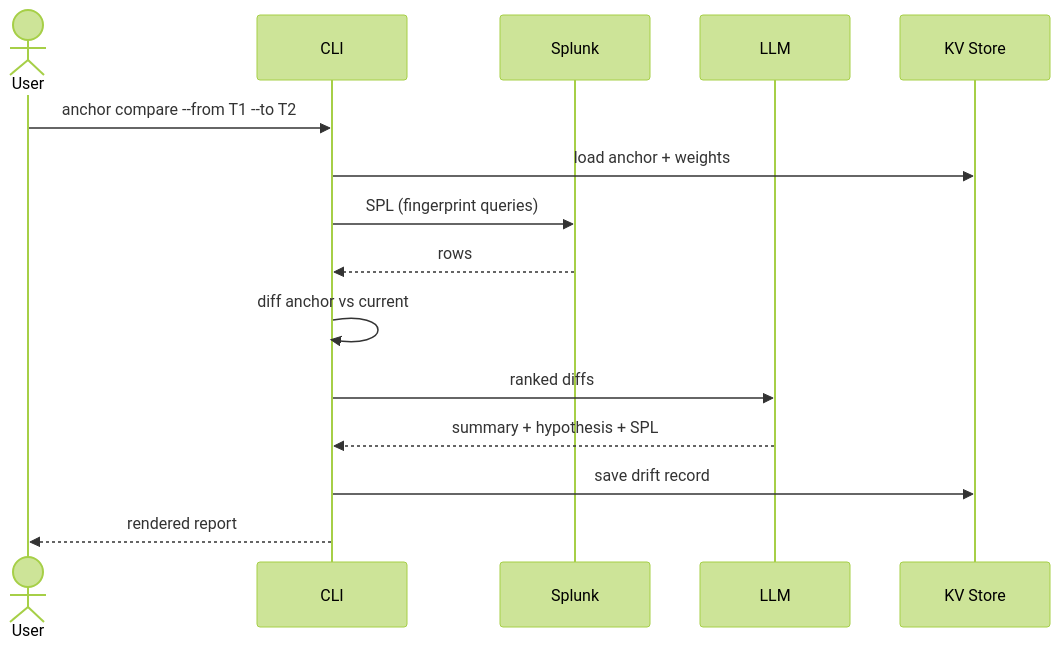
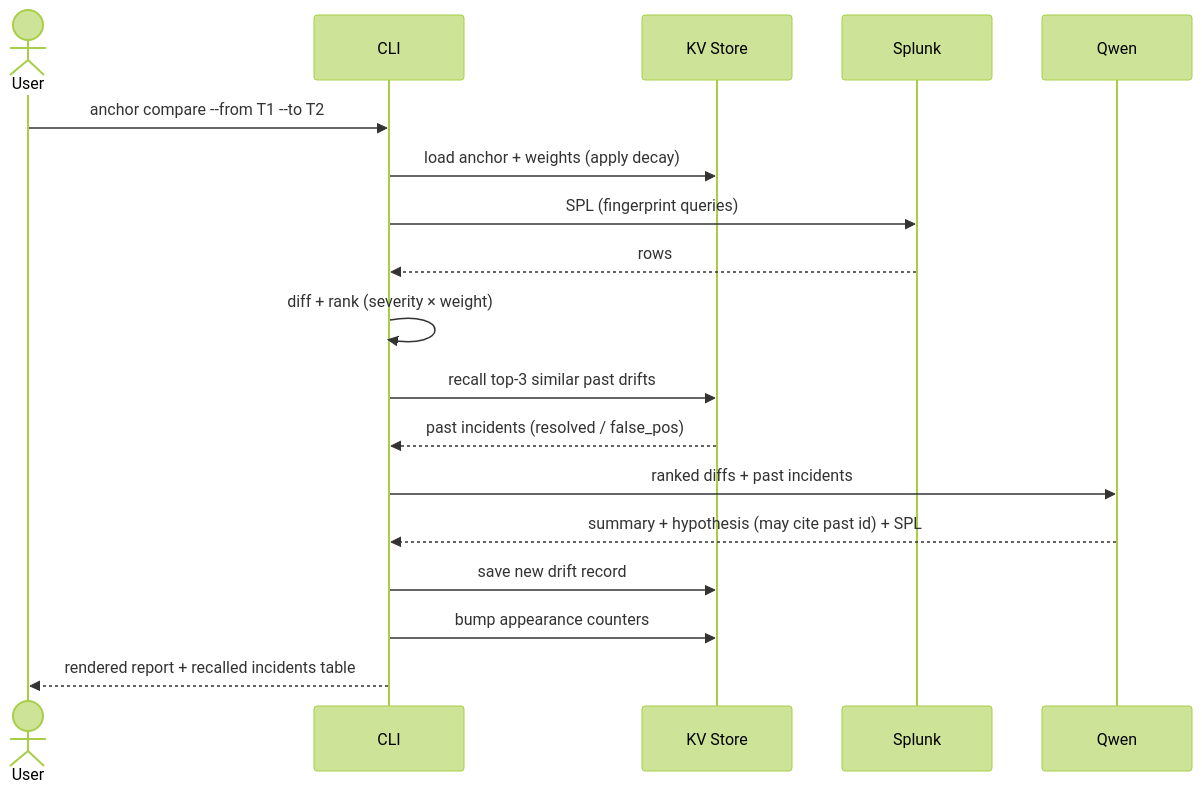
The second of 2 diagrams in README.md (faketut/Anchor), drawn with Mermaid (forest theme) before and after one commit. The commit also changed other lines of this file and 23 other files, not shown here.

````diff
--- a/README.md
+++ b/README.md
@@ -82,18 +78,21 @@
 ```mermaid
 sequenceDiagram
     actor User
     participant CLI
+    participant KV as KV Store
     participant Splunk
-    participant LLM
-    participant KV as KV Store
+    participant Qwen
 
     User->>CLI: anchor compare --from T1 --to T2
-    CLI->>KV: load anchor + weights
+    CLI->>KV: load anchor + weights (apply decay)
     CLI->>Splunk: SPL (fingerprint queries)
     Splunk-->>CLI: rows
-    CLI->>CLI: diff anchor vs current
-    CLI->>LLM: ranked diffs
-    LLM-->>CLI: summary + hypothesis + SPL
-    CLI->>KV: save drift record
-    CLI-->>User: rendered report
+    CLI->>CLI: diff + rank (severity × weight)
+    CLI->>KV: recall top-3 similar past drifts
+    KV-->>CLI: past incidents (resolved / false_pos)
+    CLI->>Qwen: ranked diffs + past incidents
+    Qwen-->>CLI: summary + hypothesis (may cite past id) + SPL
+    CLI->>KV: save new drift record
+    CLI->>KV: bump appearance counters
+    CLI-->>User: rendered report + recalled incidents table
 ```
````
